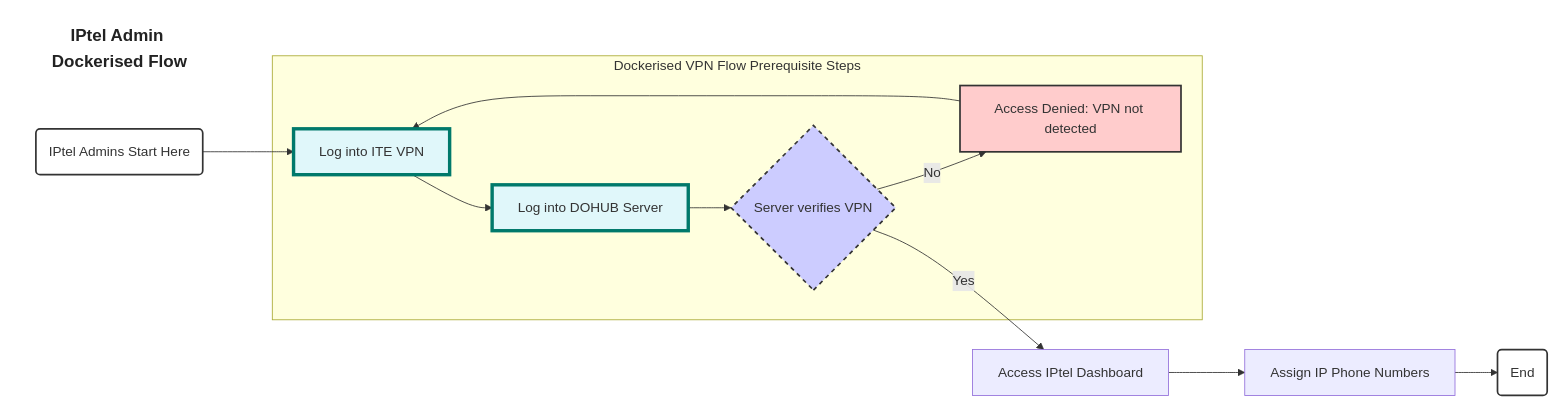
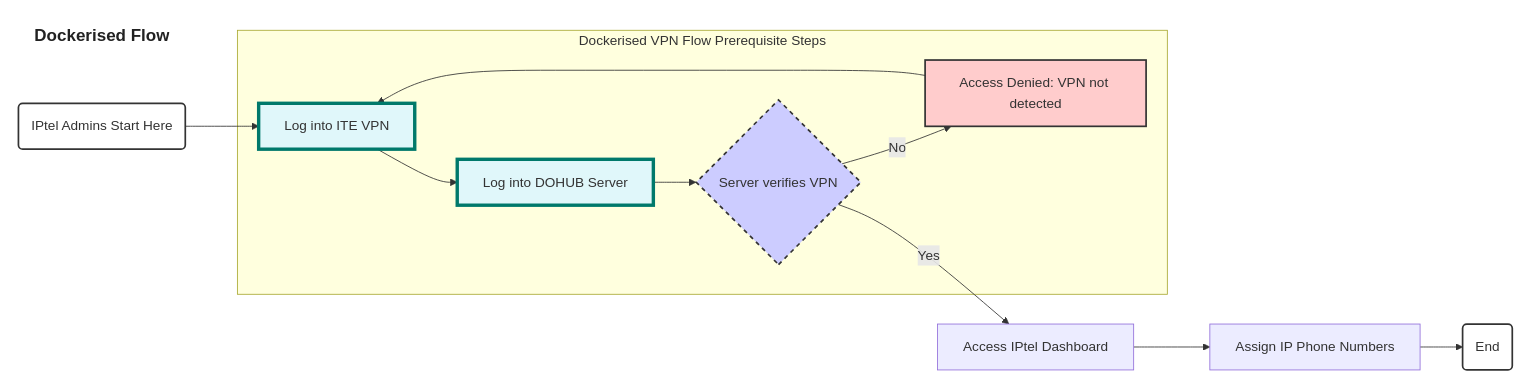
The diagram in iptel.md (kairin/mermaid), drawn with Mermaid before and after one commit.

````diff
--- a/iptel.md
+++ b/iptel.md
@@ -3,29 +3,29 @@
 ```mermaid
 
     graph LR
-    Title["<b>IPtel Admin Dockerised Flow</b>"]:::title
+    Title["<b>Dockerised Flow</b>"]:::title
     Title 
     A(IPtel Admins Start Here)
     A --> B
 
     subgraph Dockerised VPN Flow Prerequisite Steps
         B[Log into ITE VPN]:::vpnstep --> C[Log into DOHUB Server]:::vpnstep
         C --> D{Server verifies VPN}:::vpnstep
         D -- No --> H[Access Denied: VPN not detected]
     end
 
     D -- Yes --> E[Access IPtel Dashboard]
     E --> F[Assign IP Phone Numbers]
     F --> G(End)
     H --> B
 
     classDef title fill:#fff,stroke:#fff,color:#222,font-size:20px
     classDef vpnstep fill:#e0f7fa,stroke:#00796b,stroke-width:4px
     class B,C,D vpnstep
     style D fill:#ccf,stroke:#333,stroke-width:2px,stroke-dasharray: 5 5
     style H fill:#fcc,stroke:#333,stroke-width:2px
     style A fill:#fff,stroke:#333,stroke-width:2px
     style G fill:#fff,stroke:#333,stroke-width:2px
 
 
 ```
````
